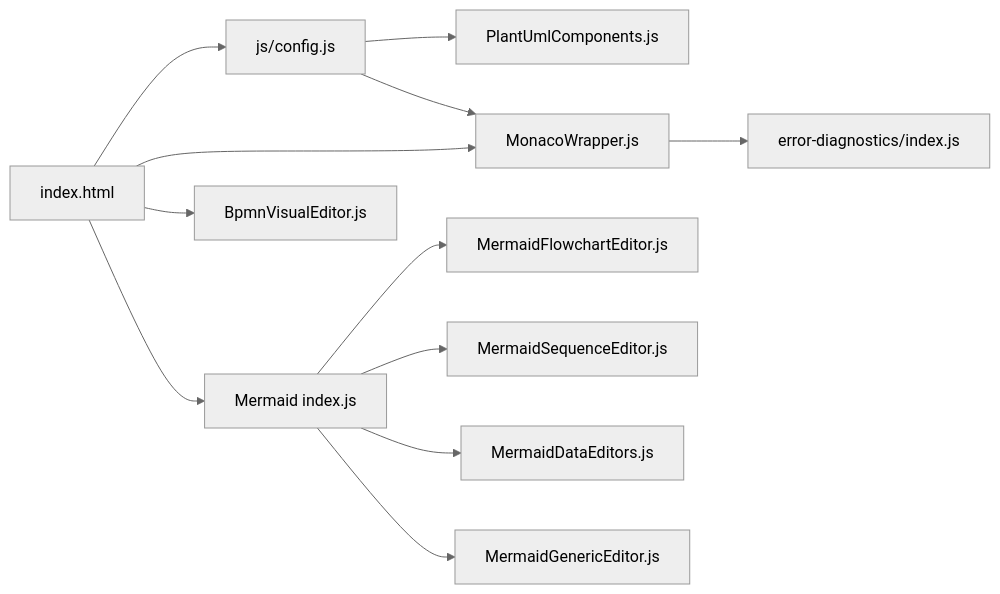
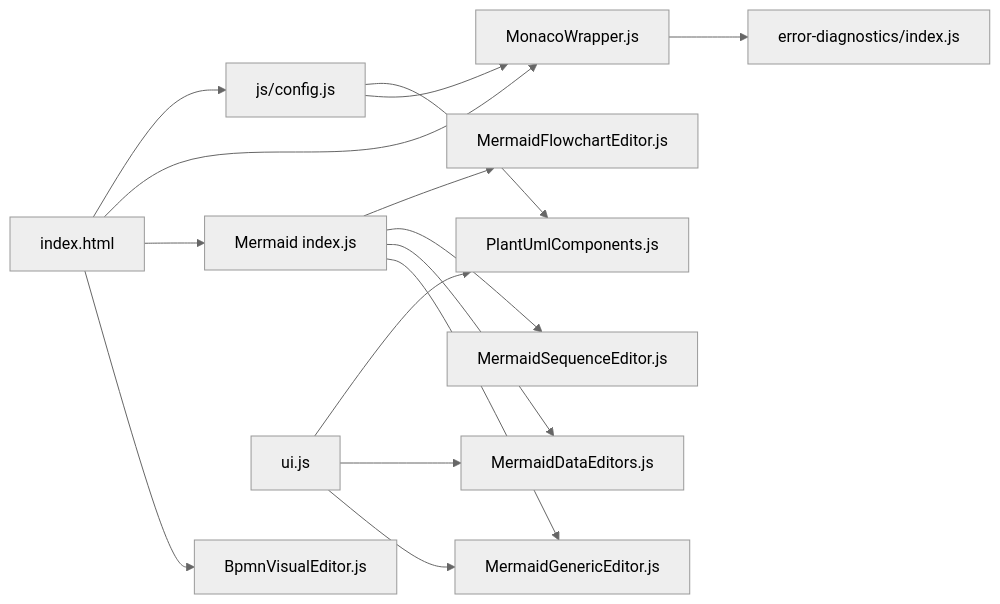
The eighth of 8 diagrams in .qoder/repowiki/en/content/Template System and Snippets.md (ongchonghian/universal-diagram-editor), drawn with Mermaid (neutral theme) before and after one commit. The commit also changed other lines of this file and 66 other files, not shown here.

First line of the commit message:
refactor: modernize codebase with Vite build system and modular React architecture

````diff
--- a/.qoder/repowiki/en/content/Template System and Snippets.md
+++ b/.qoder/repowiki/en/content/Template System and Snippets.md
@@ -341,14 +409,17 @@
 ```mermaid
 graph LR
 CFG["js/config.js"] --> PUC["PlantUmlComponents.js"]
 CFG --> MW["MonacoWrapper.js"]
 IDX["index.html"] --> CFG
 IDX --> MW
 IDX --> MEI["Mermaid index.js"]
 MEI --> MFE["MermaidFlowchartEditor.js"]
 MEI --> MSE["MermaidSequenceEditor.js"]
 MEI --> MDE["MermaidDataEditors.js"]
 MEI --> MGE["MermaidGenericEditor.js"]
 MW --> EDI["error-diagnostics/index.js"]
 IDX --> BVE["BpmnVisualEditor.js"]
+END["ui.js"] --> PUC
+END --> MDE
+END --> MGE
 ```
````
